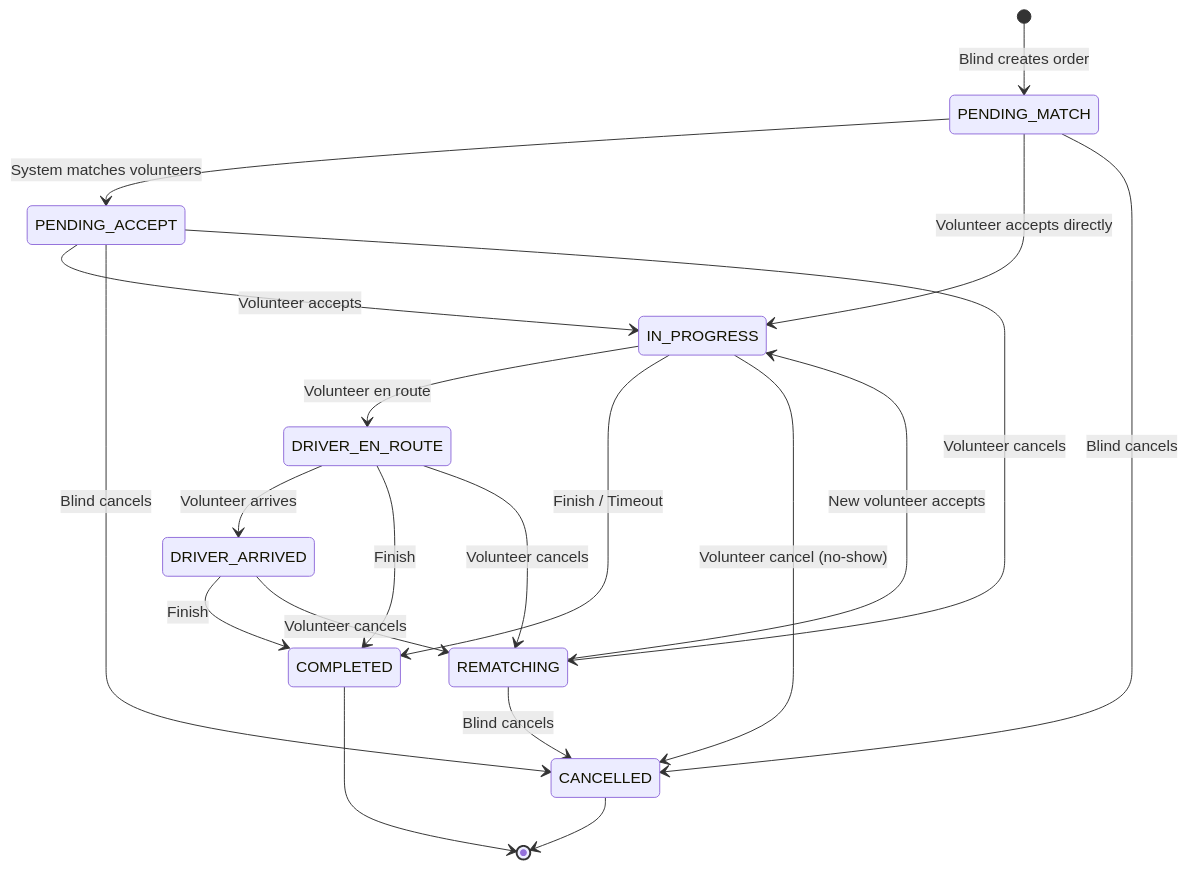
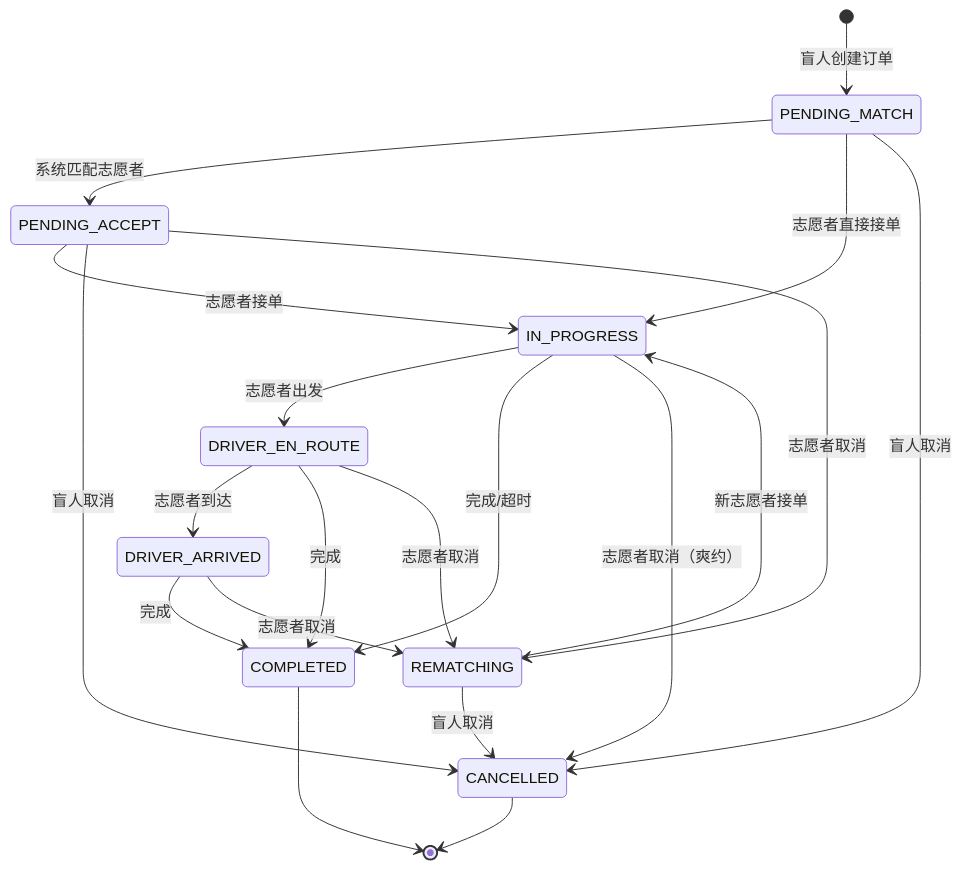
The fourth of 7 diagrams in docs/ARCHITECTURE.md (Jayden23018/blind-run-backend), drawn with Mermaid before and after one commit. The commit also changed other lines of this file and 122 other files, not shown here.

````diff
--- a/docs/ARCHITECTURE.md
+++ b/docs/ARCHITECTURE.md
@@ -239,29 +239,29 @@
 ```mermaid
 stateDiagram-v2
-    [*] --> PENDING_MATCH: Blind creates order
+    [*] --> PENDING_MATCH: 盲人创建订单
 
-    PENDING_MATCH --> PENDING_ACCEPT: System matches volunteers
-    PENDING_MATCH --> IN_PROGRESS: Volunteer accepts directly
-    PENDING_MATCH --> CANCELLED: Blind cancels
+    PENDING_MATCH --> PENDING_ACCEPT: 系统匹配志愿者
+    PENDING_MATCH --> IN_PROGRESS: 志愿者直接接单
+    PENDING_MATCH --> CANCELLED: 盲人取消
 
-    PENDING_ACCEPT --> IN_PROGRESS: Volunteer accepts
-    PENDING_ACCEPT --> CANCELLED: Blind cancels
-    PENDING_ACCEPT --> REMATCHING: Volunteer cancels
+    PENDING_ACCEPT --> IN_PROGRESS: 志愿者接单
+    PENDING_ACCEPT --> CANCELLED: 盲人取消
+    PENDING_ACCEPT --> REMATCHING: 志愿者取消
 
-    IN_PROGRESS --> DRIVER_EN_ROUTE: Volunteer en route
-    IN_PROGRESS --> COMPLETED: Finish / Timeout
-    IN_PROGRESS --> CANCELLED: Volunteer cancel (no-show)
+    IN_PROGRESS --> DRIVER_EN_ROUTE: 志愿者出发
+    IN_PROGRESS --> COMPLETED: 完成/超时
+    IN_PROGRESS --> CANCELLED: 志愿者取消（爽约）
 
-    DRIVER_EN_ROUTE --> DRIVER_ARRIVED: Volunteer arrives
-    DRIVER_EN_ROUTE --> COMPLETED: Finish
-    DRIVER_EN_ROUTE --> REMATCHING: Volunteer cancels
+    DRIVER_EN_ROUTE --> DRIVER_ARRIVED: 志愿者到达
+    DRIVER_EN_ROUTE --> COMPLETED: 完成
+    DRIVER_EN_ROUTE --> REMATCHING: 志愿者取消
 
-    DRIVER_ARRIVED --> COMPLETED: Finish
-    DRIVER_ARRIVED --> REMATCHING: Volunteer cancels
+    DRIVER_ARRIVED --> COMPLETED: 完成
+    DRIVER_ARRIVED --> REMATCHING: 志愿者取消
 
-    REMATCHING --> IN_PROGRESS: New volunteer accepts
-    REMATCHING --> CANCELLED: Blind cancels
+    REMATCHING --> IN_PROGRESS: 新志愿者接单
+    REMATCHING --> CANCELLED: 盲人取消
 
     COMPLETED --> [*]
     CANCELLED --> [*]
 ```
````
